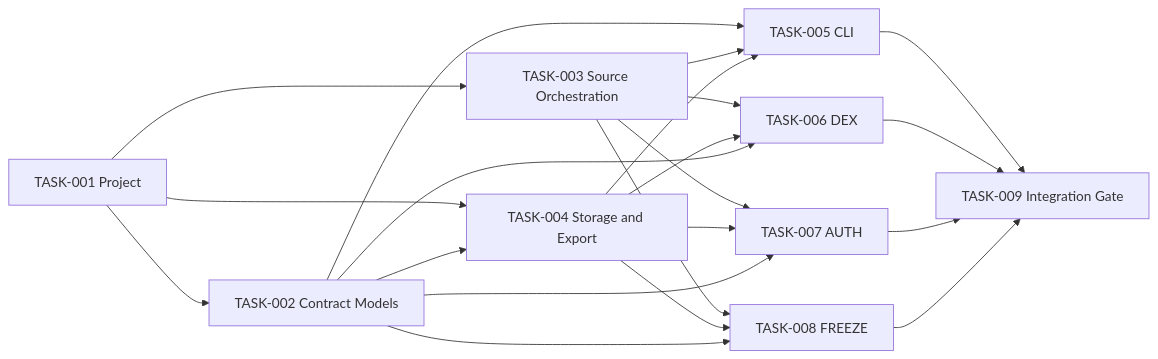
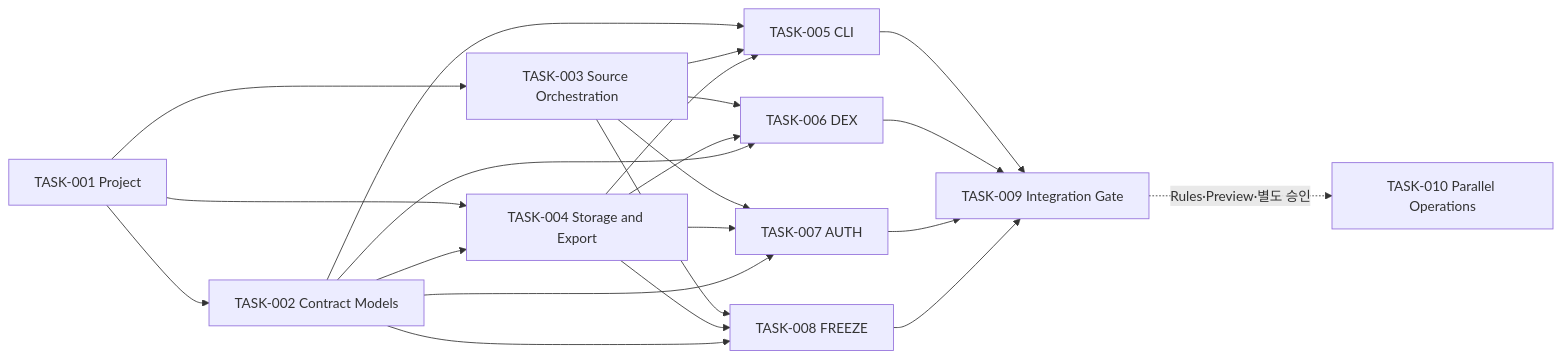
The diagram in docs/04_Logic_Progress/00_BACKLOG.md (azerckid/SCAN), drawn with Mermaid before and after one commit. The commit also changed other lines of this file and 14 other files, not shown here.

````diff
--- a/docs/04_Logic_Progress/00_BACKLOG.md
+++ b/docs/04_Logic_Progress/00_BACKLOG.md
@@ -60,23 +65,24 @@
 ```mermaid
 flowchart LR
     T1["TASK-001 Project"] --> T2["TASK-002 Contract Models"]
     T1 --> T3["TASK-003 Source Orchestration"]
     T1 --> T4["TASK-004 Storage and Export"]
     T2 --> T4
     T2 --> T5["TASK-005 CLI"]
     T3 --> T5
     T4 --> T5
     T3 --> T6["TASK-006 DEX"]
     T4 --> T6
     T2 --> T6
     T3 --> T7["TASK-007 AUTH"]
     T4 --> T7
     T2 --> T7
     T3 --> T8["TASK-008 FREEZE"]
     T4 --> T8
     T2 --> T8
     T5 --> T9["TASK-009 Integration Gate"]
     T6 --> T9
     T7 --> T9
     T8 --> T9
+    T9 -. "Rules·Preview·별도 승인" .-> T10["TASK-010 Parallel Operations"]
 ```
````
